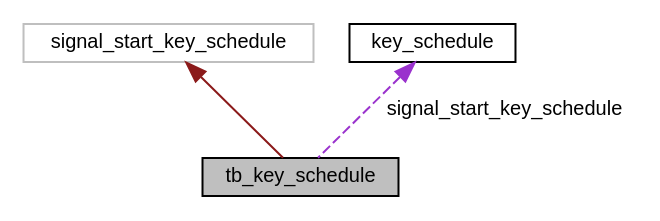
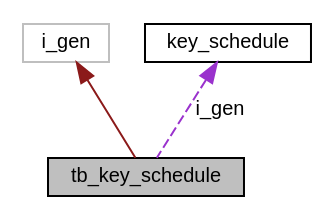
One commit to FlorianFrank/SPECK_Cipher_Verilog changed the diagram in d8/d41/enumtb__key__schedule__coll__graph.dot. Above: the diagram before and after it, drawn with Graphviz. The commit also changed 161 other files, not shown here.

```diff
--- a/d8/d41/enumtb__key__schedule__coll__graph.dot
+++ b/d8/d41/enumtb__key__schedule__coll__graph.dot
@@ -1,11 +1,11 @@
 digraph "tb_key_schedule"
 {
  // INTERACTIVE_SVG=YES
   edge [fontname="Helvetica",fontsize="10",labelfontname="Helvetica",labelfontsize="10"];
   node [fontname="Helvetica",fontsize="10",shape=record];
   Node2 [label="tb_key_schedule",height=0.2,width=0.4,color="black", fillcolor="grey75", style="filled", fontcolor="black"];
   Node3 -> Node2 [dir="back",color="firebrick4",fontsize="10",style="solid",fontname="Helvetica"];
-  Node3 [label="signal_start_key_schedule",height=0.2,width=0.4,color="grey75", fillcolor="white", style="filled"];
-  Node4 -> Node2 [dir="back",color="darkorchid3",fontsize="10",style="dashed",label=" signal_start_key_schedule" ,fontname="Helvetica"];
+  Node3 [label="i_gen",height=0.2,width=0.4,color="grey75", fillcolor="white", style="filled"];
+  Node4 -> Node2 [dir="back",color="darkorchid3",fontsize="10",style="dashed",label=" i_gen" ,fontname="Helvetica"];
   Node4 [label="key_schedule",height=0.2,width=0.4,color="black", fillcolor="white", style="filled",URL="$d4/daf/enumkey__schedule.html"];
 }
```
